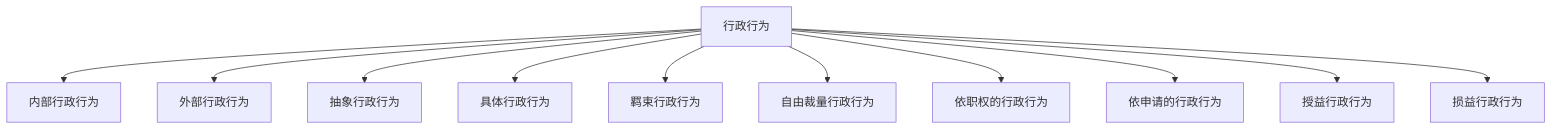
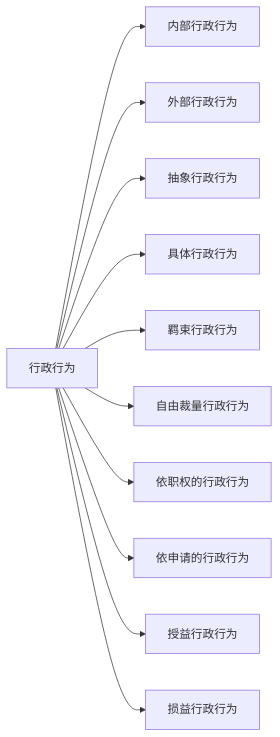
Before and after one commit to emary3399/obsidian_note: the diagram in emary/公基/法律/行政法/1.行政行为与概述.md, drawn with Mermaid.

````diff
--- a/emary/公基/法律/行政法/1.行政行为与概述.md
+++ b/emary/公基/法律/行政法/1.行政行为与概述.md
@@ -71,24 +71,24 @@
 ```mermaid
-graph TB
+graph LR
 A[行政行为]
 B[内部行政行为]
 C[外部行政行为]
 D[抽象行政行为]
 E[具体行政行为]
 F[羁束行政行为]
 G[自由裁量行政行为]
 H[依职权的行政行为]
 I[依申请的行政行为]
 J[授益行政行为]
 K[损益行政行为]
 A --> B
 A --> C
 A --> D
 A --> E
 A --> F
 A --> G
 A --> H
 A --> I
 A --> J
 A --> K
 ```
````
